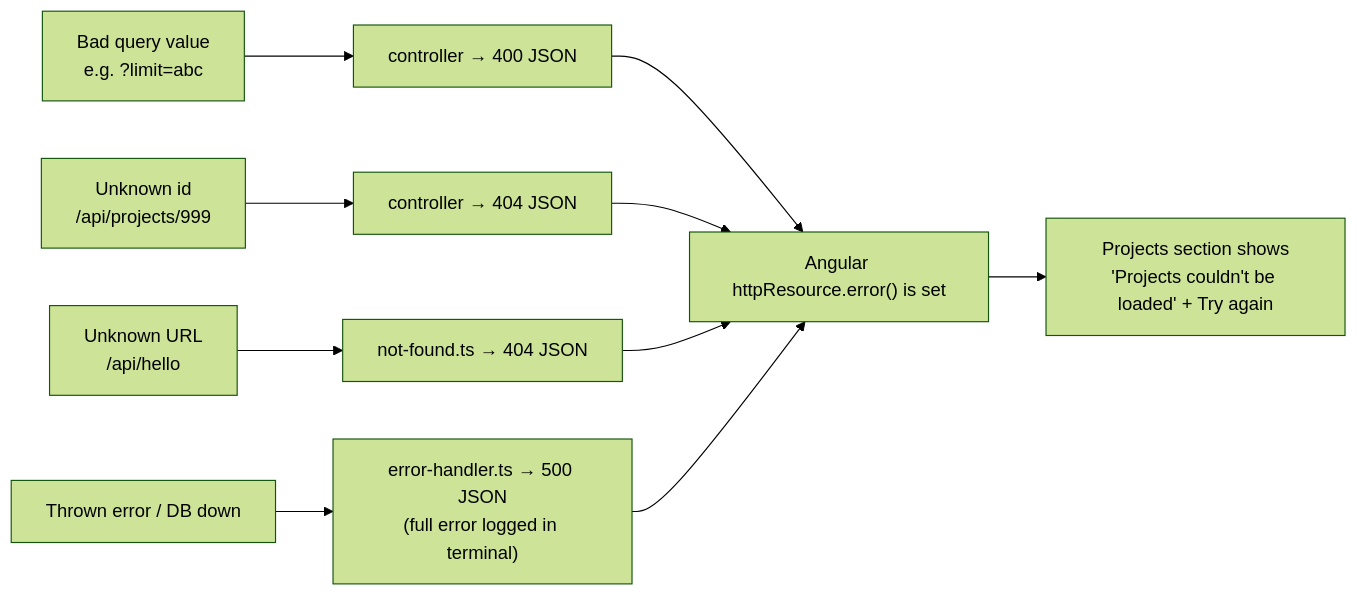
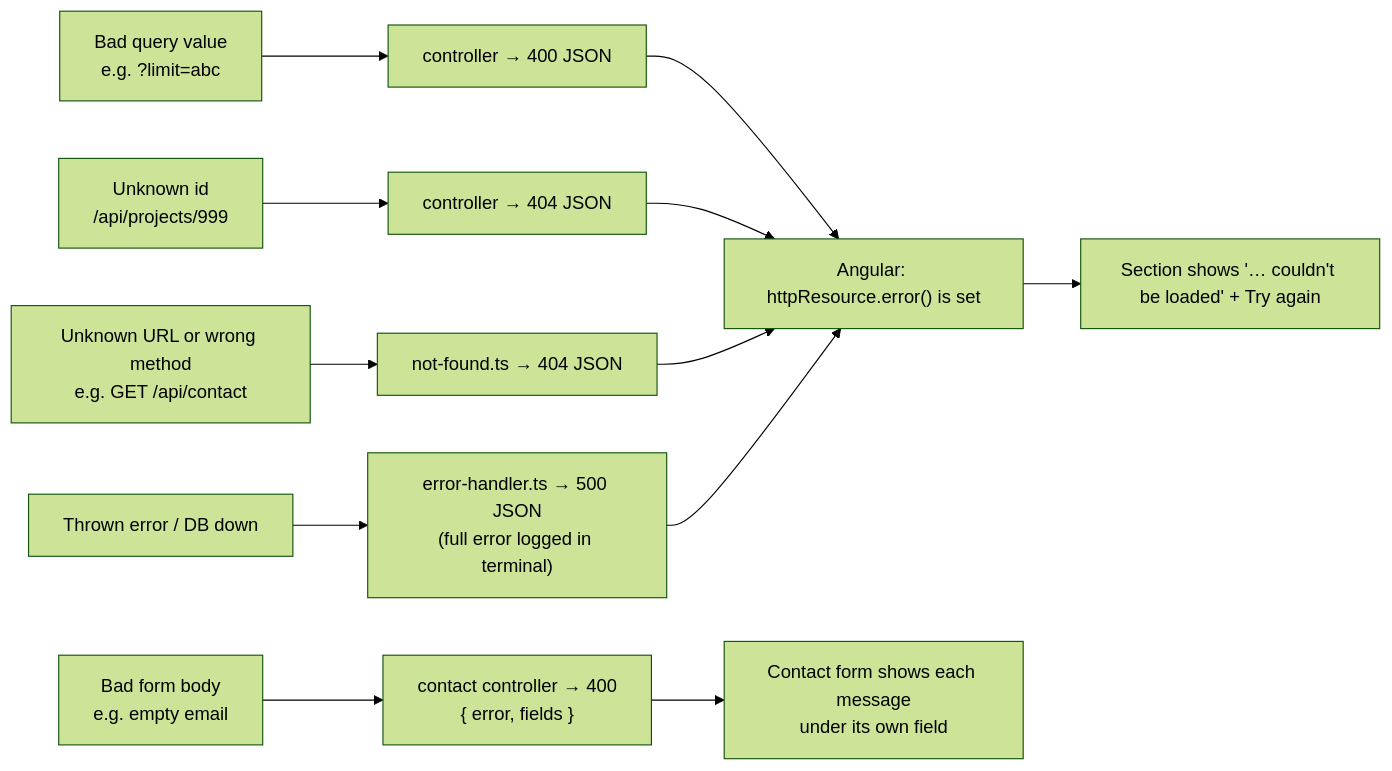
One commit to mdevaangini/portfolio changed the second of 2 diagrams in docs/02-system-architecture.md. Above: the diagram before and after it, drawn with Mermaid (forest theme). The commit also changed other lines of this file and 32 other files, not shown here.

````diff
--- a/docs/02-system-architecture.md
+++ b/docs/02-system-architecture.md
@@ -69,9 +70,11 @@
 ```mermaid
 flowchart LR
     BadInput["Bad query value<br/>e.g. ?limit=abc"] --> C400["controller → 400 JSON"]
+    BadForm["Bad form body<br/>e.g. empty email"] --> F400["contact controller → 400<br/>{ error, fields }"]
     Missing["Unknown id<br/>/api/projects/999"] --> C404["controller → 404 JSON"]
-    NoRoute["Unknown URL<br/>/api/hello"] --> NF["not-found.ts → 404 JSON"]
+    NoRoute["Unknown URL or wrong method<br/>e.g. GET /api/contact"] --> NF["not-found.ts → 404 JSON"]
     Crash["Thrown error / DB down"] --> EH["error-handler.ts → 500 JSON<br/>(full error logged in terminal)"]
-    C400 & C404 & NF & EH --> NGerr["Angular httpResource.error() is set"]
-    NGerr --> UI["Projects section shows<br/>'Projects couldn't be loaded' + Try again"]
+    C400 & C404 & NF & EH --> NGerr["Angular: httpResource.error() is set"]
+    NGerr --> UI["Section shows '… couldn't be loaded' + Try again"]
+    F400 --> FUI["Contact form shows each message<br/>under its own field"]
 ```
````
